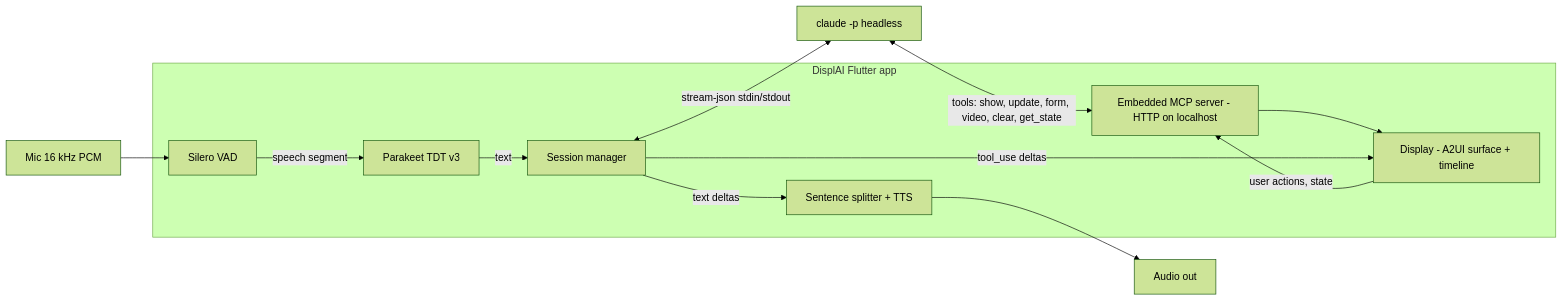
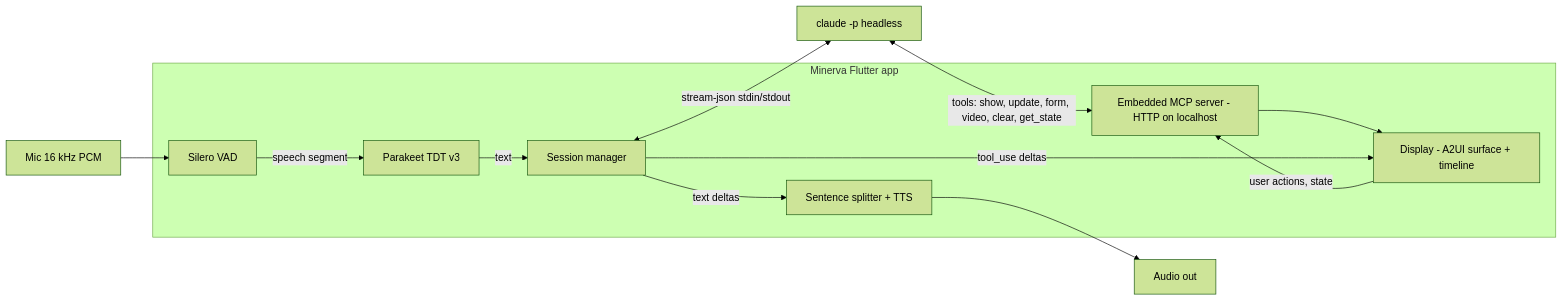
The diagram in docs/design.md (kidandcat/displai), drawn with Mermaid (forest theme) before and after one commit. The commit also changed other lines of this file and 56 other files, not shown here.

First line of the commit message:
Rename the app to Minerva

````diff
--- a/docs/design.md
+++ b/docs/design.md
@@ -30,20 +30,20 @@
 ```mermaid
 flowchart LR
   Mic[Mic 16 kHz PCM] --> VAD[Silero VAD]
   VAD -->|speech segment| STT[Parakeet TDT v3]
   STT -->|text| Brain
-  subgraph App[DisplAI Flutter app]
+  subgraph App[Minerva Flutter app]
     VAD
     STT
     Brain[Session manager]
     Speaker[Sentence splitter + TTS]
     MCP[Embedded MCP server - HTTP on localhost]
     Surface[Display - A2UI surface + timeline]
   end
   Brain <-->|stream-json stdin/stdout| CC[claude -p headless]
   CC <-->|tools: show, update, form, video, clear, get_state| MCP
   MCP --> Surface
   Surface -->|user actions, state| MCP
   Brain -->|text deltas| Speaker --> Out[Audio out]
   Brain -->|tool_use deltas| Surface
 ```
````
